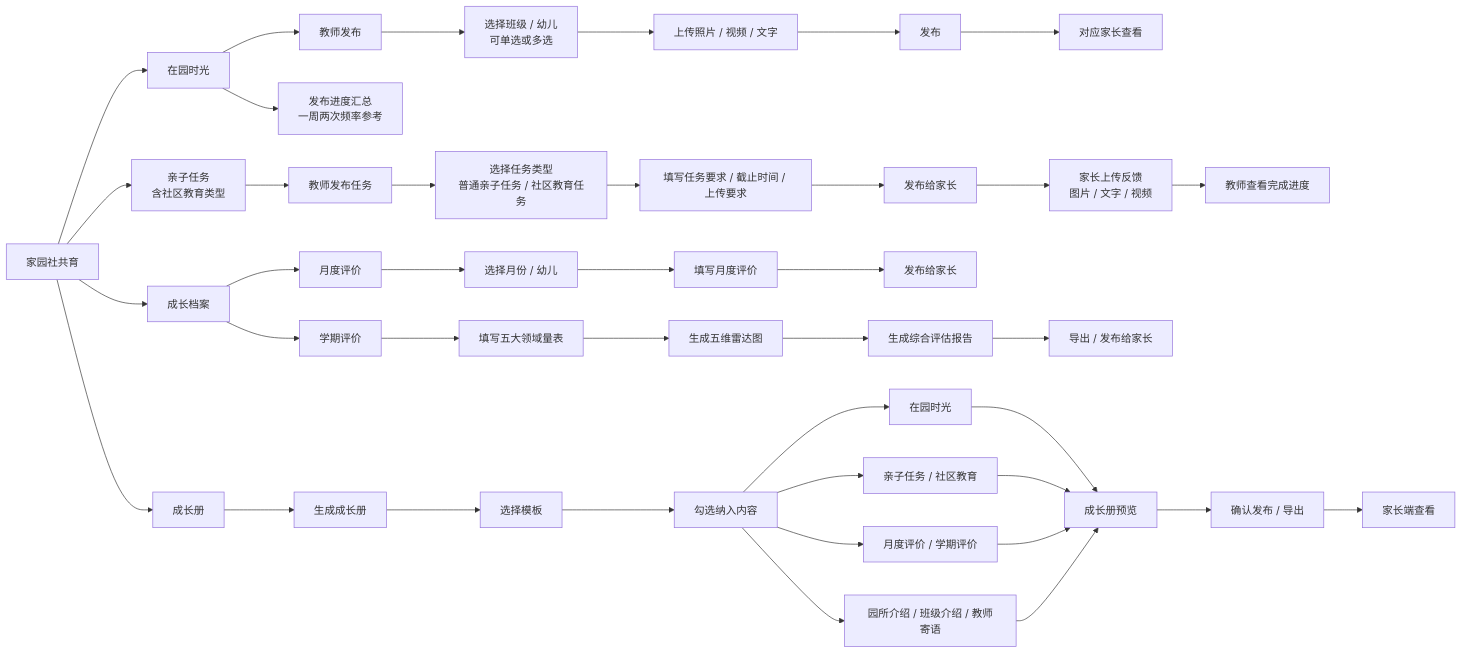
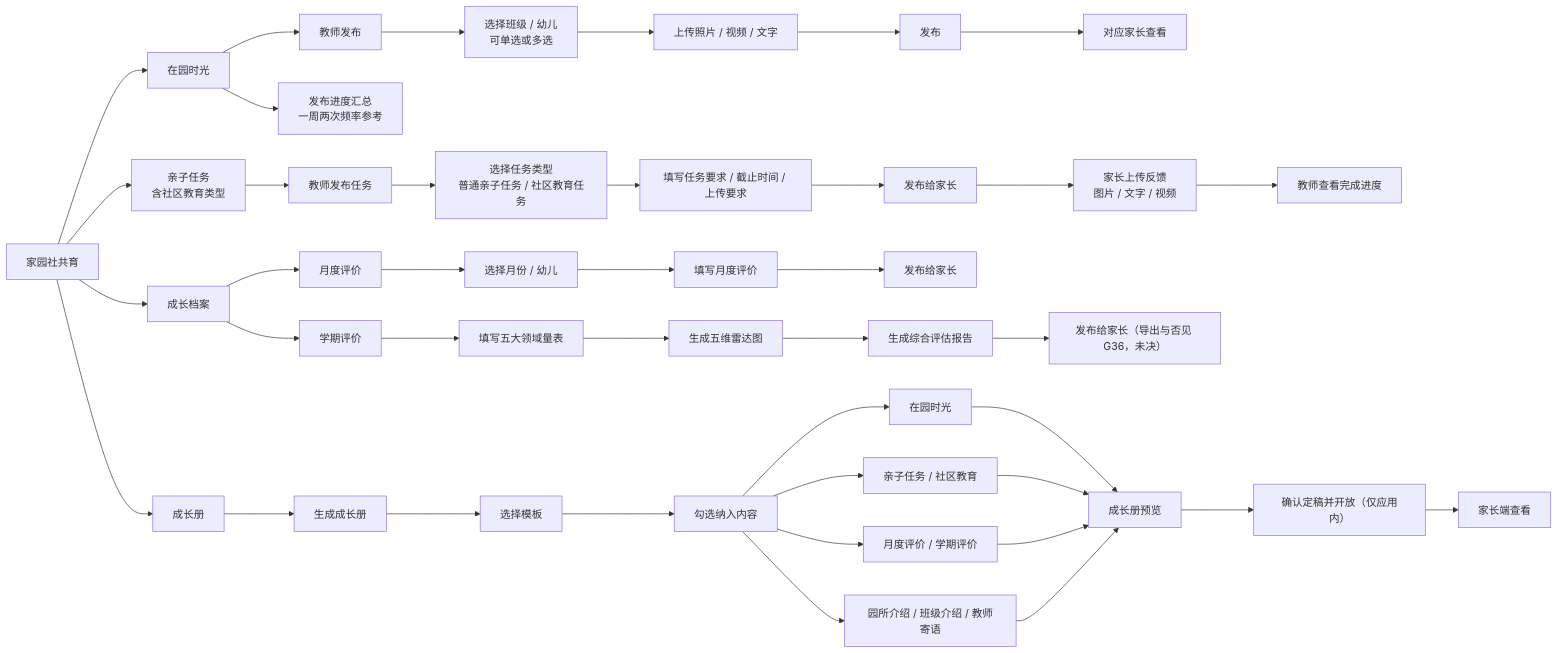
Before and after one commit to Chao0s/china-kg-platform: the sixth of 8 diagrams in docs/APP-STRUCTURE.md, drawn with Mermaid. The commit also changed other lines of this file and 28 other files, not shown here.

````diff
--- a/docs/APP-STRUCTURE.md
+++ b/docs/APP-STRUCTURE.md
@@ -241,52 +245,52 @@
 ```mermaid
 flowchart LR
     Family["家园社共育"]
 
     Family --> Garden["在园时光"]
     Family --> ParentTask["亲子任务\n含社区教育类型"]
     Family --> GrowthFile["成长档案"]
     Family --> GrowthBook["成长册"]
 
     %% — 在园时光 —
     Garden --> GardenPublish["教师发布"]
     GardenPublish --> SelectChild["选择班级 / 幼儿\n可单选或多选"]
     SelectChild --> UploadMoment["上传照片 / 视频 / 文字"]
     UploadMoment --> PublishMoment["发布"]
     PublishMoment --> ParentViewMoment["对应家长查看"]
     Garden --> GardenProgress["发布进度汇总\n一周两次频率参考"]
 
     %% — 亲子任务 + 社区教育 —
     ParentTask --> TaskPublish["教师发布任务"]
     TaskPublish --> TaskType["选择任务类型\n普通亲子任务 / 社区教育任务"]
     TaskType --> TaskRequire["填写任务要求 / 截止时间 / 上传要求"]
     TaskRequire --> PublishTask["发布给家长"]
     PublishTask --> ParentUpload["家长上传反馈\n图片 / 文字 / 视频"]
     ParentUpload --> TaskProgress["教师查看完成进度"]
 
     %% — 成长档案 —
     GrowthFile --> MonthEval["月度评价"]
     MonthEval --> SelectMonthChild["选择月份 / 幼儿"]
     SelectMonthChild --> FillMonth["填写月度评价"]
     FillMonth --> PublishMonth["发布给家长"]
 
     GrowthFile --> TermEval["学期评价"]
     TermEval --> Scale["填写五大领域量表"]
     Scale --> Radar["生成五维雷达图"]
     Radar --> TermReport["生成综合评估报告"]
-    TermReport --> ExportReport["导出 / 发布给家长"]
+    TermReport --> ExportReport["发布给家长（导出与否见 G36，未决）"]
 
     %% — 成长册 —
     GrowthBook --> BookCreate["生成成长册"]
     BookCreate --> ChooseTemplate["选择模板"]
     ChooseTemplate --> CheckContent["勾选纳入内容"]
     CheckContent --> FromMoment["在园时光"]
     CheckContent --> FromTask["亲子任务 / 社区教育"]
     CheckContent --> FromEval["月度评价 / 学期评价"]
     CheckContent --> FromIntro["园所介绍 / 班级介绍 / 教师寄语"]
     FromMoment --> BookPreview["成长册预览"]
     FromTask --> BookPreview
     FromEval --> BookPreview
     FromIntro --> BookPreview
-    BookPreview --> BookExport["确认发布 / 导出"]
+    BookPreview --> BookExport["确认定稿并开放（仅应用内）"]
     BookExport --> ParentBookView["家长端查看"]
 ```
````
